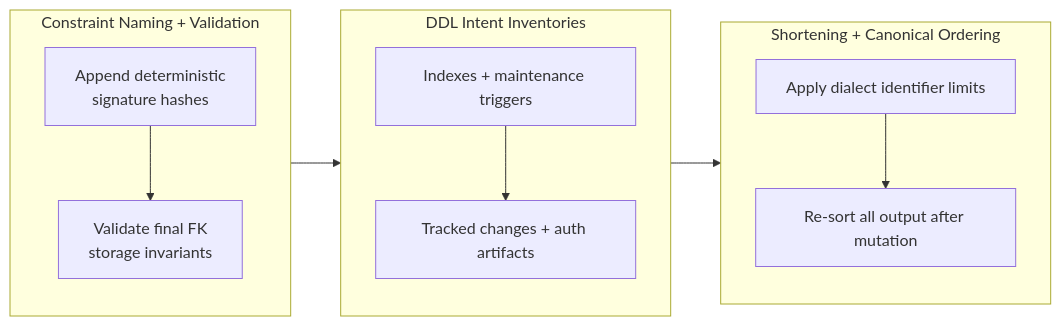
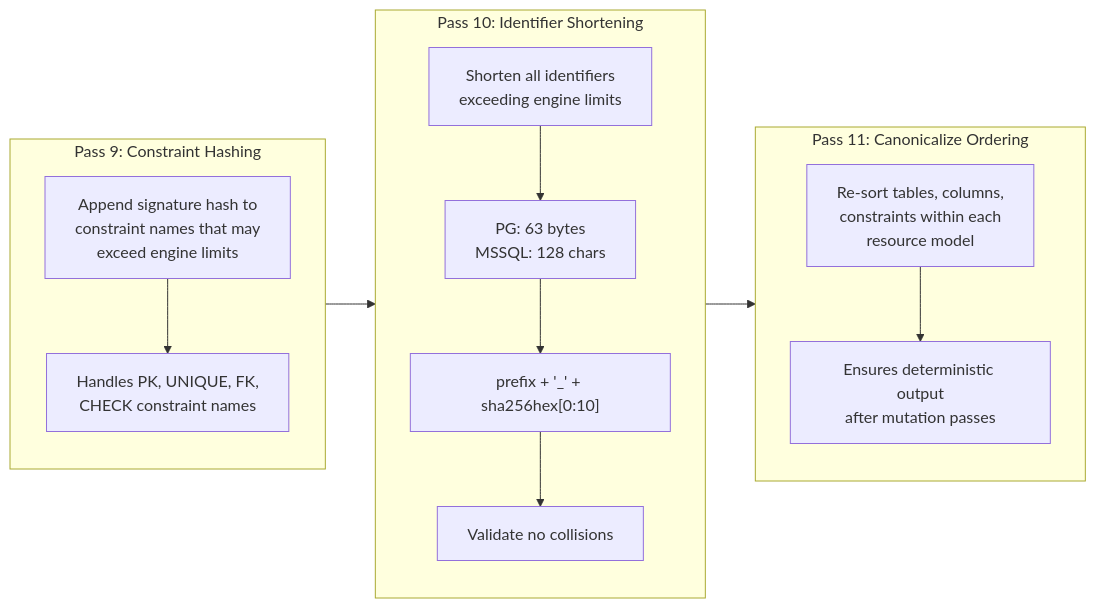
Before and after one commit to Ed-Fi-Alliance-OSS/Data-Management-Service: diagram 15 of 16 in reference/design/backend-redesign/presentations/relational-model-presentation.md, drawn with Mermaid. The commit also changed other lines of this file and 59 other files, not shown here.

````diff
--- a/reference/design/backend-redesign/presentations/relational-model-presentation.md
+++ b/reference/design/backend-redesign/presentations/relational-model-presentation.md
@@ -812,25 +649,27 @@
 ```mermaid
 flowchart LR
-    subgraph GDA["Constraint Naming + Validation"]
+    subgraph P9["Pass 9: Constraint Hashing"]
         direction TB
-        GDA1["Append deterministic<br/>signature hashes"]
-        GDA2["Validate final FK<br/>storage invariants"]
-        GDA1 --> GDA2
+        P9A["Append signature hash to<br/>constraint names that may<br/>exceed engine limits"]
+        P9B["Handles PK, UNIQUE, FK,<br/>CHECK constraint names"]
+        P9A --> P9B
     end
 
-    subgraph GDB["DDL Intent Inventories"]
+    subgraph P10["Pass 10: Identifier Shortening"]
         direction TB
-        GDB1["Indexes + maintenance triggers"]
-        GDB2["Tracked changes + auth artifacts"]
-        GDB1 --> GDB2
+        P10A["Shorten all identifiers<br/>exceeding engine limits"]
+        P10B["PG: 63 bytes<br/>MSSQL: 128 chars"]
+        P10C["prefix + '_' + sha256hex[0:10]"]
+        P10D["Validate no collisions"]
+        P10A --> P10B --> P10C --> P10D
     end
 
-    subgraph GDC["Shortening + Canonical Ordering"]
+    subgraph P11["Pass 11: Canonicalize Ordering"]
         direction TB
-        GDC1["Apply dialect identifier limits"]
-        GDC2["Re-sort all output after mutation"]
-        GDC1 --> GDC2
+        P11A["Re-sort tables, columns,<br/>constraints within each<br/>resource model"]
+        P11B["Ensures deterministic output<br/>after mutation passes"]
+        P11A --> P11B
     end
 
-    GDA --> GDB --> GDC
+    P9 --> P10 --> P11
 ```
````
